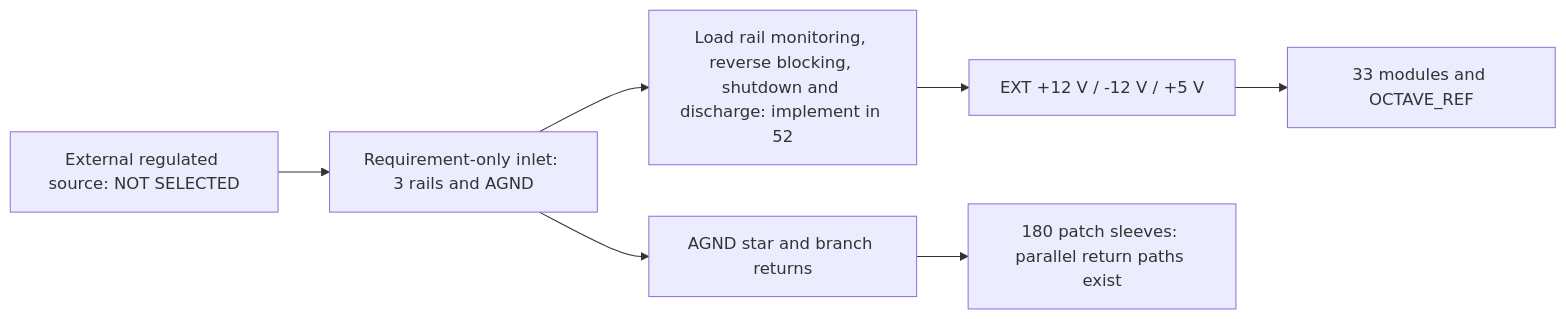
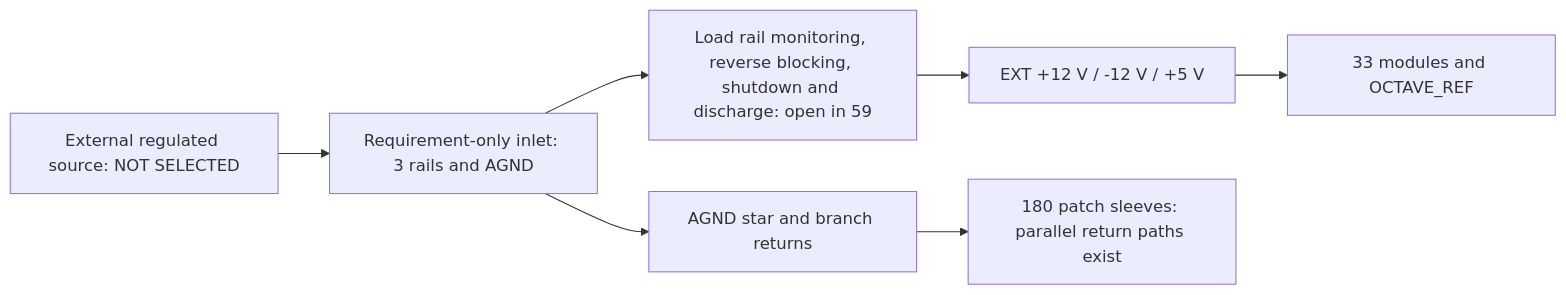
The diagram in doc/src/content/docs/decisions/osc-supply-architecture.mdx (Takazudo/zudo-osc-hole-field), drawn with Mermaid before and after one commit. The commit also changed other lines of this file and 35 other files, not shown here.

````diff
--- a/doc/src/content/docs/decisions/osc-supply-architecture.mdx
+++ b/doc/src/content/docs/decisions/osc-supply-architecture.mdx
@@ -68,9 +68,9 @@
 ```mermaid
 flowchart LR
   E[External regulated source: NOT SELECTED] --> I[Requirement-only inlet: 3 rails and AGND]
-  I --> P[Load rail monitoring, reverse blocking, shutdown and discharge: implement in 52]
+  I --> P[Load rail monitoring, reverse blocking, shutdown and discharge: open in 59]
   P --> R[EXT +12 V / -12 V / +5 V]
   R --> M[33 modules and OCTAVE_REF]
   I --> G[AGND star and branch returns]
   G --> S[180 patch sleeves: parallel return paths exist]
 ```
````
